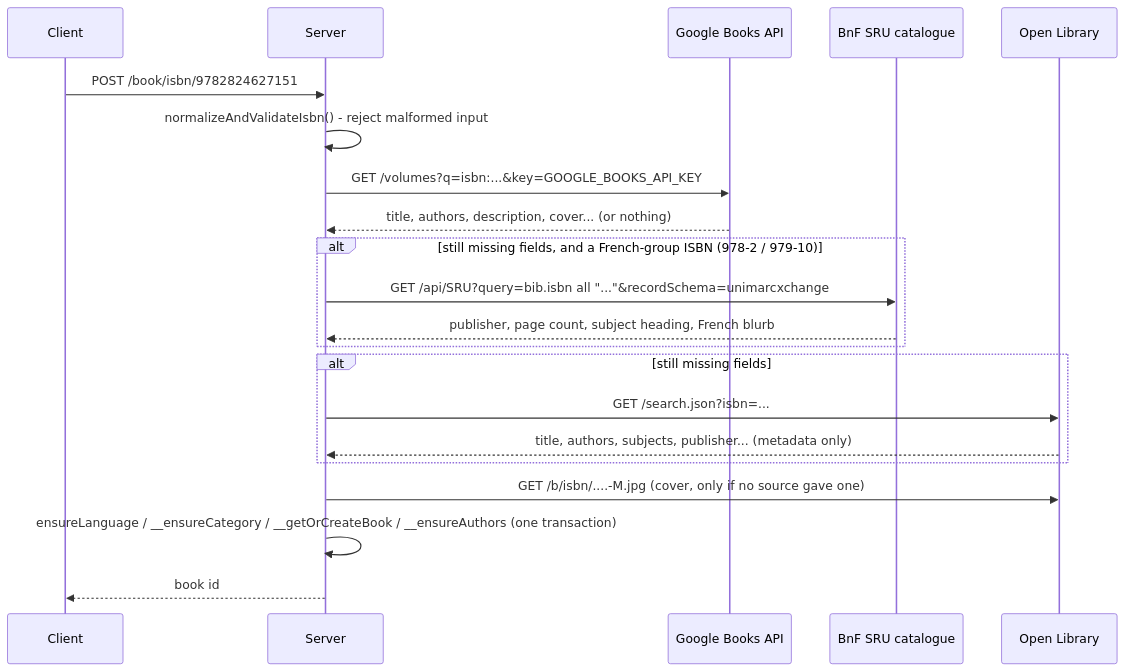
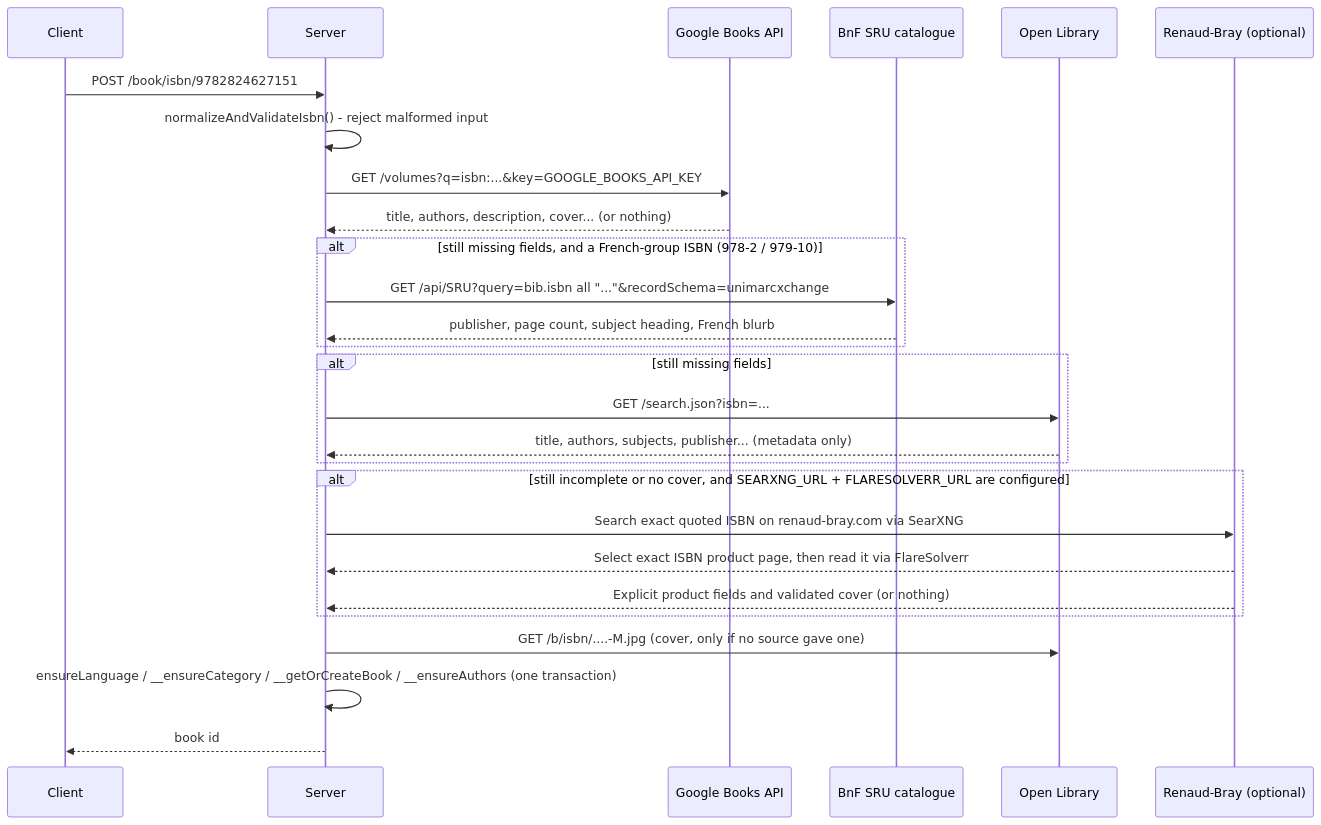
Before and after one commit to samuelloranger/vaultisse: the second of 2 diagrams in docs/BOOKS.md, drawn with Mermaid. The commit also changed other lines of this file and 9 other files, not shown here.

Commit message:
feat(metadata): add Renaud-Bray gap filler

````diff
--- a/docs/BOOKS.md
+++ b/docs/BOOKS.md
@@ -79,24 +79,30 @@
 ```mermaid
 sequenceDiagram
     participant Client
     participant Server
     participant Google as Google Books API
     participant BnF as BnF SRU catalogue
     participant OL as Open Library
+    participant RB as Renaud-Bray (optional)
 
     Client->>Server: POST /book/isbn/9782824627151
     Server->>Server: normalizeAndValidateIsbn() - reject malformed input
     Server->>Google: GET /volumes?q=isbn:...&key=GOOGLE_BOOKS_API_KEY
     Google-->>Server: title, authors, description, cover... (or nothing)
     alt still missing fields, and a French-group ISBN (978-2 / 979-10)
         Server->>BnF: GET /api/SRU?query=bib.isbn all "..."&recordSchema=unimarcxchange
         BnF-->>Server: publisher, page count, subject heading, French blurb
     end
     alt still missing fields
         Server->>OL: GET /search.json?isbn=...
         OL-->>Server: title, authors, subjects, publisher... (metadata only)
     end
+    alt still incomplete or no cover, and SEARXNG_URL + FLARESOLVERR_URL are configured
+        Server->>RB: Search exact quoted ISBN on renaud-bray.com via SearXNG
+        RB-->>Server: Select exact ISBN product page, then read it via FlareSolverr
+        RB-->>Server: Explicit product fields and validated cover (or nothing)
+    end
     Server->>OL: GET /b/isbn/....-M.jpg (cover, only if no source gave one)
     Server->>Server: ensureLanguage / __ensureCategory / __getOrCreateBook / __ensureAuthors (one transaction)
     Server-->>Client: book id
 ```
````
